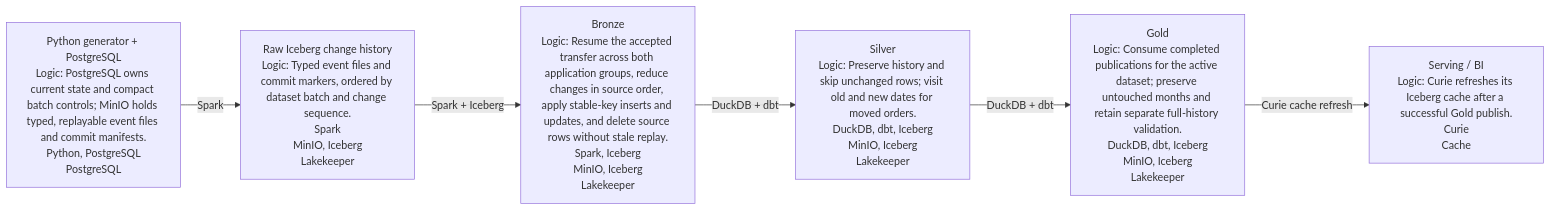
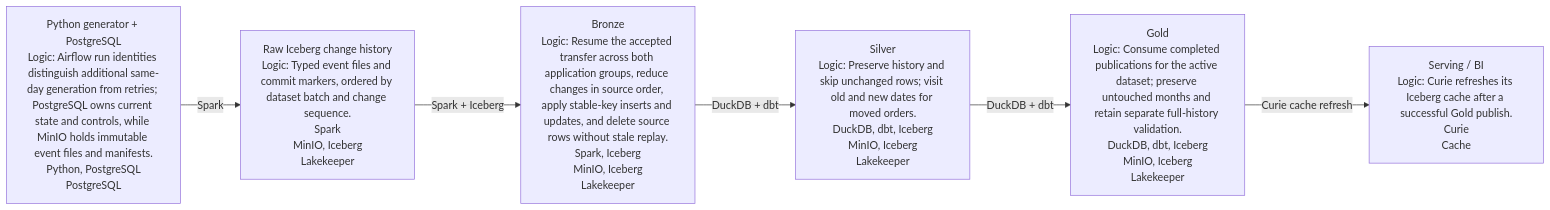
The diagram in docs/dataflow/diagrams/project_dataflow.mmd (AntonMiniazev/ampere_project), drawn with Mermaid before and after one commit. The commit also changed 14 other files, not shown here.

Commit message:
feat(generator): allow multiple generation batches per day

```diff
--- a/docs/dataflow/diagrams/project_dataflow.mmd
+++ b/docs/dataflow/diagrams/project_dataflow.mmd
@@ -1,13 +1,13 @@
 flowchart LR
-    L_SOURCE["Python generator + PostgreSQL<br/>Logic: PostgreSQL owns current state and compact batch controls; MinIO holds typed, replayable event files and commit manifests.<br/>Python, PostgreSQL<br/>PostgreSQL"]
+    L_SOURCE["Python generator + PostgreSQL<br/>Logic: Airflow run identities distinguish additional same-day generation from retries; PostgreSQL owns current state and controls, while MinIO holds immutable event files and manifests.<br/>Python, PostgreSQL<br/>PostgreSQL"]
     L_RAW["Raw Iceberg change history<br/>Logic: Typed event files and commit markers, ordered by dataset batch and change sequence.<br/>Spark<br/>MinIO, Iceberg<br/>Lakekeeper"]
     L_BRONZE["Bronze<br/>Logic: Resume the accepted transfer across both application groups, reduce changes in source order, apply stable-key inserts and updates, and delete source rows without stale replay.<br/>Spark, Iceberg<br/>MinIO, Iceberg<br/>Lakekeeper"]
     L_SILVER["Silver<br/>Logic: Preserve history and skip unchanged rows; visit old and new dates for moved orders.<br/>DuckDB, dbt, Iceberg<br/>MinIO, Iceberg<br/>Lakekeeper"]
     L_GOLD["Gold<br/>Logic: Consume completed publications for the active dataset; preserve untouched months and retain separate full-history validation.<br/>DuckDB, dbt, Iceberg<br/>MinIO, Iceberg<br/>Lakekeeper"]
     L_SERVING["Serving / BI<br/>Logic: Curie refreshes its Iceberg cache after a successful Gold publish.<br/>Curie<br/>Cache"]
 
     L_SOURCE -->|"Spark"| L_RAW
     L_RAW -->|"Spark + Iceberg"| L_BRONZE
     L_BRONZE -->|"DuckDB + dbt"| L_SILVER
     L_SILVER -->|"DuckDB + dbt"| L_GOLD
     L_GOLD -->|"Curie cache refresh"| L_SERVING
```
